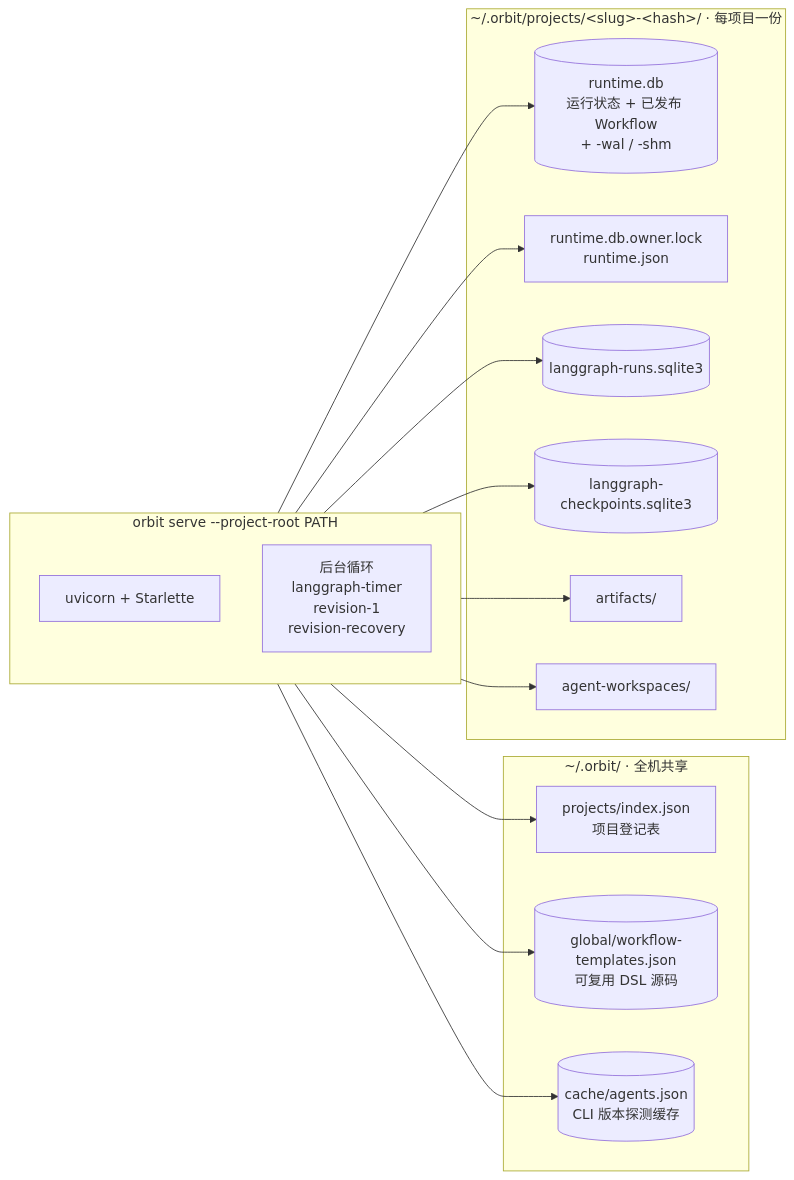
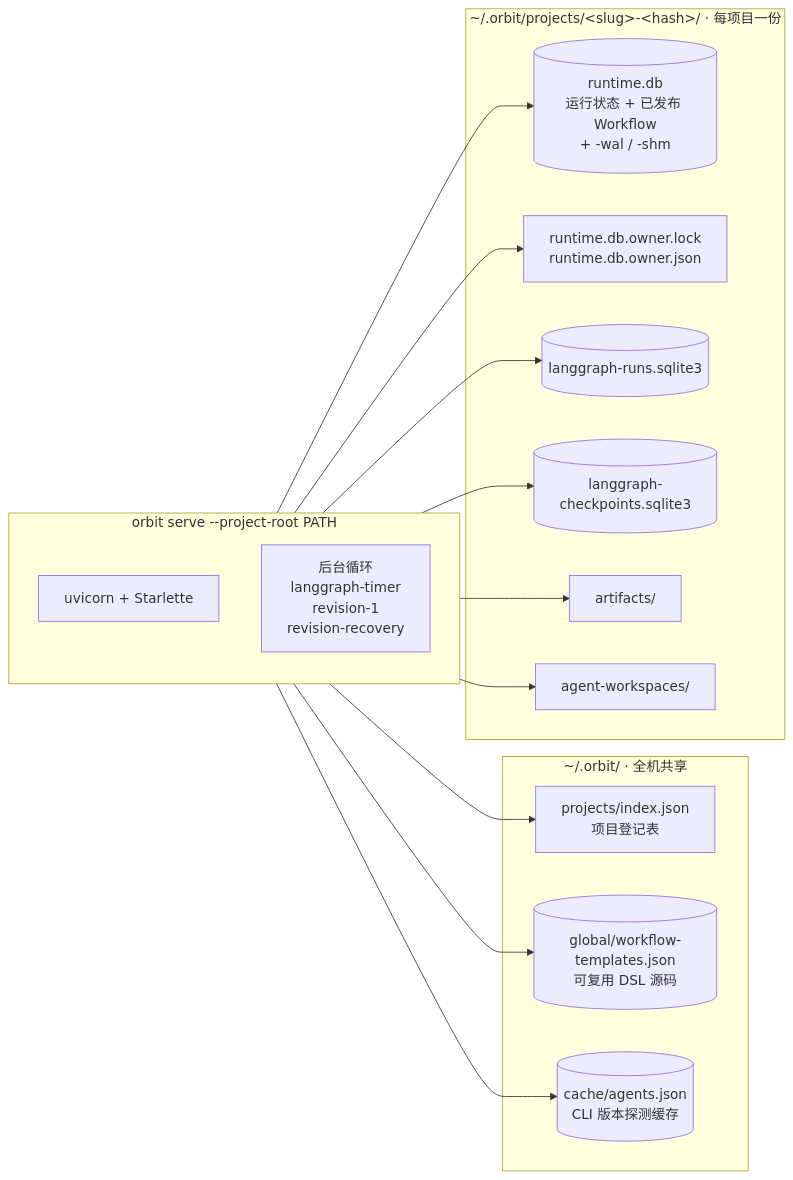
One commit to TNJ2026/orbit-runtime changed the second of 6 diagrams in docs/architecture.md. Above: the diagram before and after it, drawn with Mermaid. The commit also changed other lines of this file and 9 other files, not shown here.

````diff
--- a/docs/architecture.md
+++ b/docs/architecture.md
@@ -87,32 +87,32 @@
 ```mermaid
 flowchart LR
     subgraph proc["orbit serve --project-root PATH"]
         UV["uvicorn + Starlette"]
         LOOPS["后台循环<br/>langgraph-timer<br/>revision-1<br/>revision-recovery"]
     end
 
     subgraph hostwide["~/.orbit/ · 全机共享"]
         IDX["projects/index.json<br/>项目登记表"]
         TEMPLATES[("global/workflow-templates.json<br/>可复用 DSL 源码")]
         CACHE[("cache/agents.json<br/>CLI 版本探测缓存")]
     end
 
     subgraph perproj["~/.orbit/projects/&lt;slug&gt;-&lt;hash&gt;/ · 每项目一份"]
         RDB[("runtime.db<br/>运行状态 + 已发布 Workflow<br/>+ -wal / -shm")]
-        LOCK["runtime.db.owner.lock<br/>runtime.json"]
+        LOCK["runtime.db.owner.lock<br/>runtime.db.owner.json"]
         RUNS[("langgraph-runs.sqlite3")]
         CKPT[("langgraph-checkpoints.sqlite3")]
         ARTD["artifacts/"]
         WSD["agent-workspaces/"]
     end
 
     proc --> RDB
     proc --> RUNS
     proc --> CKPT
     proc --> ARTD
     proc --> WSD
     proc --> LOCK
     proc --> TEMPLATES
     proc --> CACHE
     proc --> IDX
 ```
````
